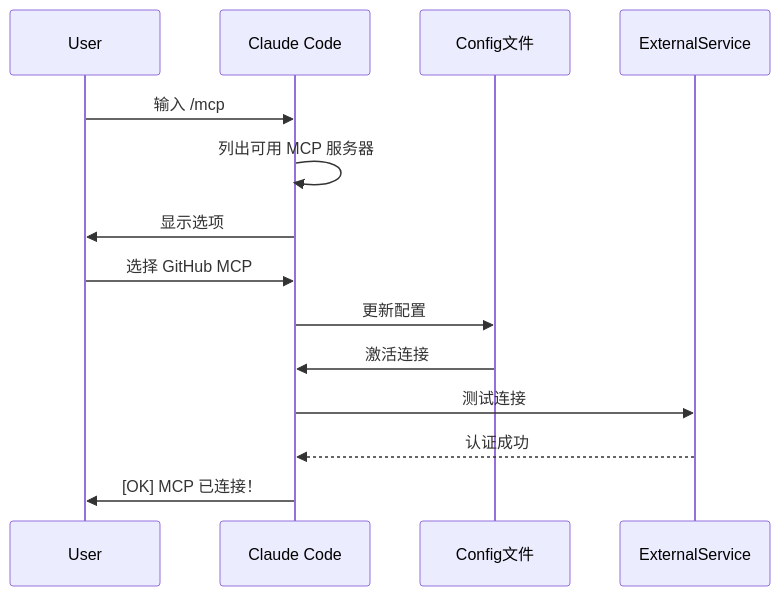
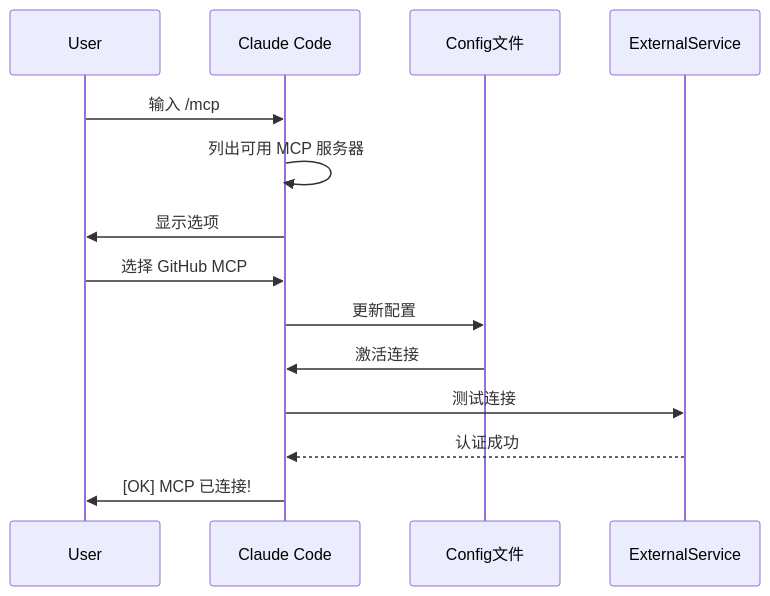
Diagram 14 of 31 in claude_concepts_guide.md (Rx782-Fss/claude-howto-zh), drawn with Mermaid before and after one commit. The commit also changed other lines of this file and 6 other files, not shown here.

Commit message:
fix: 清除 Mermaid 内所有全角标点/emoji/<br/> (最终修复)

````diff
--- a/claude_concepts_guide.md
+++ b/claude_concepts_guide.md
@@ -980,17 +980,17 @@
 ```mermaid
 sequenceDiagram
     participant User
     participant Claude as Claude Code
     participant Config as Config文件
     participant Service as ExternalService
 
     User->>Claude: 输入 /mcp
     Claude->>Claude: 列出可用 MCP 服务器
     Claude->>User: 显示选项
     User->>Claude: 选择 GitHub MCP
     Claude->>Config: 更新配置
     Config->>Claude: 激活连接
     Claude->>Service: 测试连接
     Service-->>Claude: 认证成功
-    Claude->>User: [OK] MCP 已连接！
+    Claude->>User: [OK] MCP 已连接!
 ```
````
